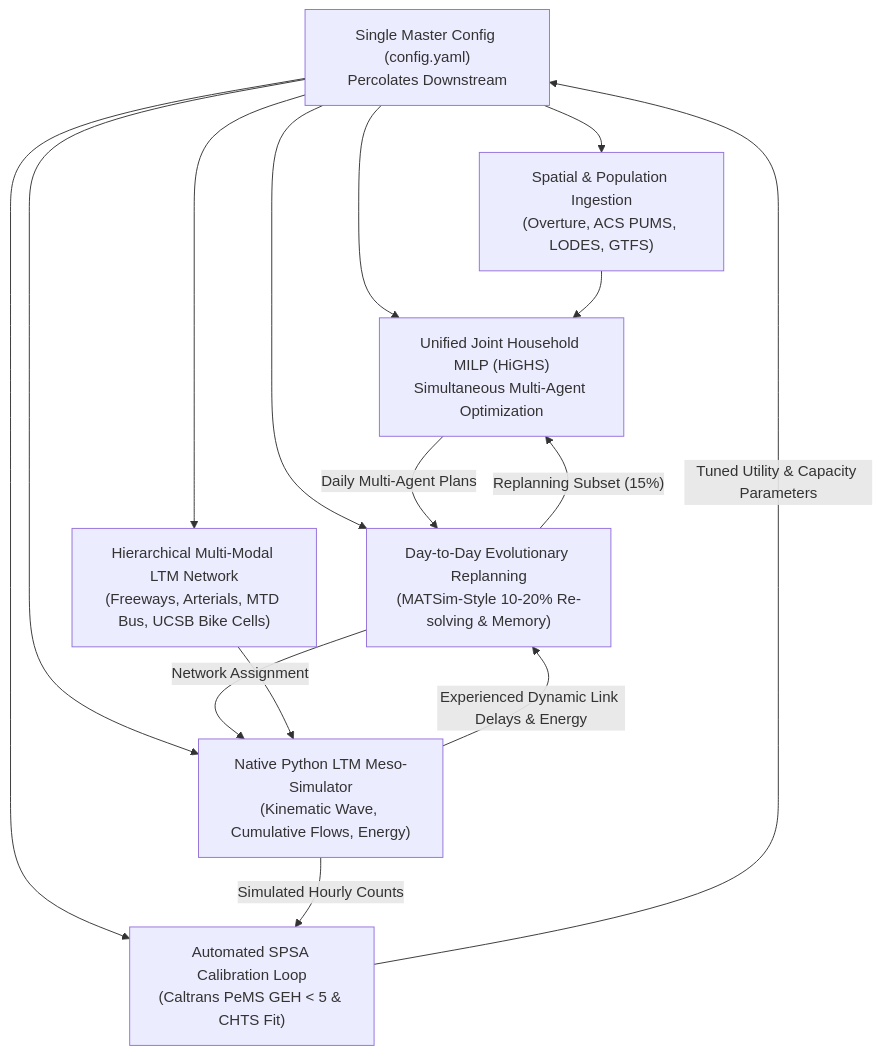
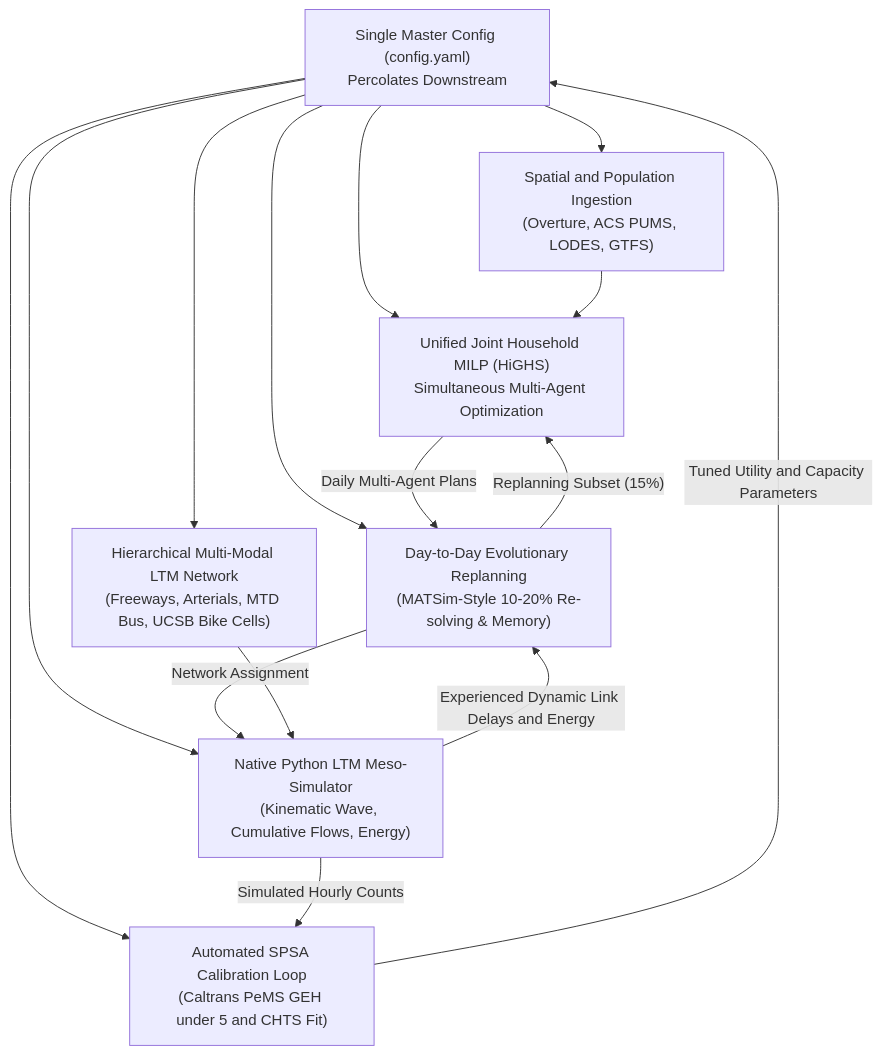
One commit to rskris/nextgen_abm changed the diagram in README.md. Above: the diagram before and after it, drawn with Mermaid. The commit also changed 1 other file, not shown here.

Commit message:
fix(docs): Repair Mermaid diagram syntax and flowcharts across documentation

````diff
--- a/README.md
+++ b/README.md
@@ -29,18 +29,18 @@
 ```mermaid
 flowchart TD
-    Config["Single Master Config (config.yaml)\nPercolates Downstream"] --> Ingestion["Spatial & Population Ingestion\n(Overture, ACS PUMS, LODES, GTFS)"]
-    Config --> HH_MILP["Unified Joint Household MILP (HiGHS)\nSimultaneous Multi-Agent Optimization"]
-    Config --> MultiModalNet["Hierarchical Multi-Modal LTM Network\n(Freeways, Arterials, MTD Bus, UCSB Bike Cells)"]
-    Config --> MesoLTM["Native Python LTM Meso-Simulator\n(Kinematic Wave, Cumulative Flows, Energy)"]
-    Config --> Equilibrium["Day-to-Day Evolutionary Replanning\n(MATSim-Style 10-20% Re-solving & Memory)"]
-    Config --> Calibration["Automated SPSA Calibration Loop\n(Caltrans PeMS GEH < 5 & CHTS Fit)"]
+    Config["Single Master Config (config.yaml)<br/>Percolates Downstream"] --> Ingestion["Spatial and Population Ingestion<br/>(Overture, ACS PUMS, LODES, GTFS)"]
+    Config --> HH_MILP["Unified Joint Household MILP (HiGHS)<br/>Simultaneous Multi-Agent Optimization"]
+    Config --> MultiModalNet["Hierarchical Multi-Modal LTM Network<br/>(Freeways, Arterials, MTD Bus, UCSB Bike Cells)"]
+    Config --> MesoLTM["Native Python LTM Meso-Simulator<br/>(Kinematic Wave, Cumulative Flows, Energy)"]
+    Config --> Equilibrium["Day-to-Day Evolutionary Replanning<br/>(MATSim-Style 10-20% Re-solving & Memory)"]
+    Config --> Calibration["Automated SPSA Calibration Loop<br/>(Caltrans PeMS GEH under 5 and CHTS Fit)"]
 
     Ingestion --> HH_MILP
     HH_MILP -->|"Daily Multi-Agent Plans"| Equilibrium
     Equilibrium -->|"Network Assignment"| MesoLTM
     MultiModalNet --> MesoLTM
-    MesoLTM -->|"Experienced Dynamic Link Delays & Energy"| Equilibrium
+    MesoLTM -->|"Experienced Dynamic Link Delays and Energy"| Equilibrium
     Equilibrium -->|"Replanning Subset (15%)"| HH_MILP
     MesoLTM -->|"Simulated Hourly Counts"| Calibration
-    Calibration -->|"Tuned Utility & Capacity Parameters"| Config
+    Calibration -->|"Tuned Utility and Capacity Parameters"| Config
 ```
````
